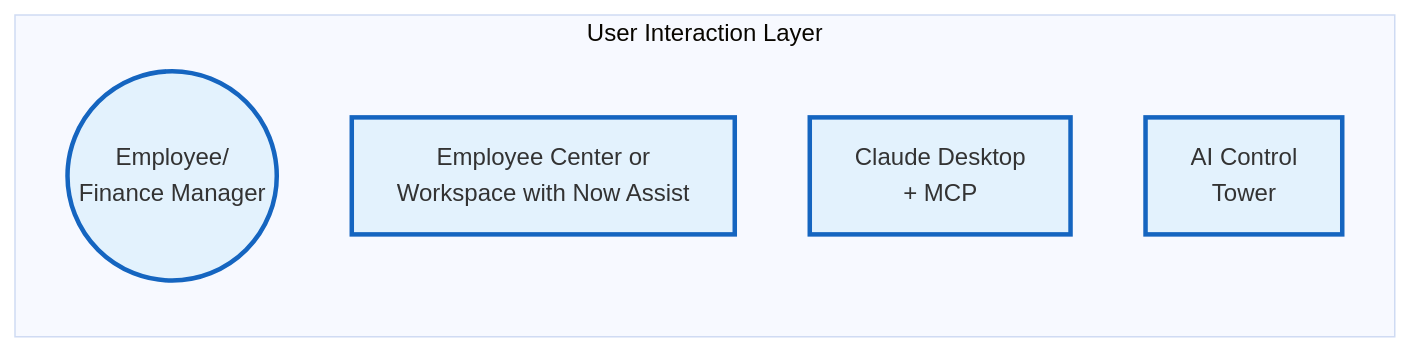
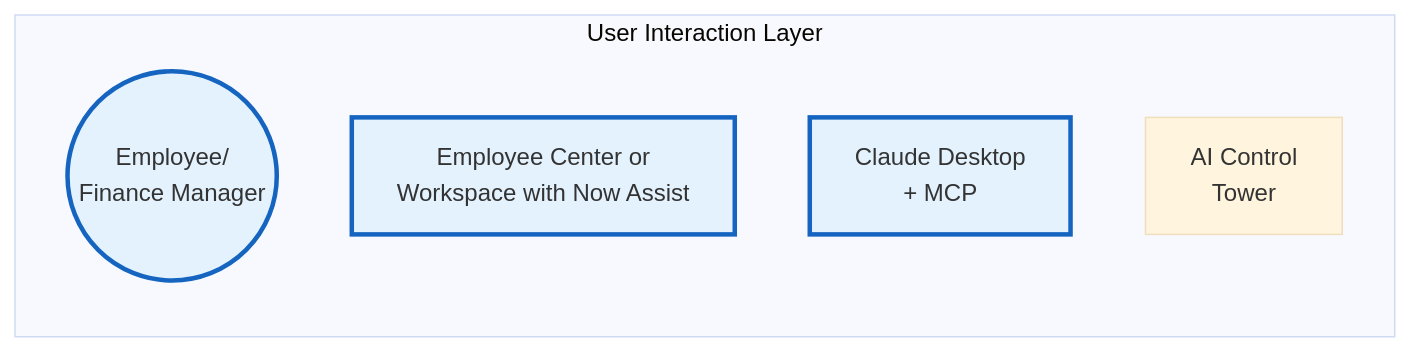
The second of 4 diagrams in 0_WDF_Diagrams.md (leojacinto/WorkflowDataFabric-TypeA), drawn with Mermaid (base theme) before and after one commit. The commit also changed other lines of this file and 18 other files, not shown here.

````diff
--- a/0_WDF_Diagrams.md
+++ b/0_WDF_Diagrams.md
@@ -47,24 +47,24 @@
 ```mermaid
 graph LR
     subgraph "User Interaction Layer"
         Employee((Employee/<br/>Finance Manager))
         EC[Employee Center or<br/>Workspace with Now Assist]
         ClaudeDesktop[Claude Desktop<br/>+ MCP]
         ControlTower[AI Control<br/>Tower]
     end
 
     %% Styling
     classDef external fill:#e1f5ff,stroke:#01579b,stroke-width:2px
     classDef integration fill:#fff3e0,stroke:#e65100,stroke-width:2px
     classDef zeroCopy fill:#f3e5f5,stroke:#4a148c,stroke-width:2px
     classDef native fill:#e8f5e9,stroke:#1b5e20,stroke-width:2px
     classDef ai fill:#fff9c4,stroke:#f57f17,stroke-width:2px
     classDef user fill:#e3f2fd,stroke:#1565c0,stroke-width:3px
 
     class ERP,ExpenseAPI,SharePoint,CDW external
     class ZeroCopySQL,ZeroCopyERP,IntHub,ExtContent integration
     class ZCCC,ZCCH,ZCExp zeroCopy
     class ExpenseTable,FinCase,FinVar native
     class Agent1,Agent2,RAG,NASK,FlowAction,MCP,MCPC,GGraph,NLQuery,Lens,DocIntel ai
-    class Employee,EC,ControlTower,ClaudeDesktop user
+    class Employee,EC,ClaudeDesktop user
 ```
````
